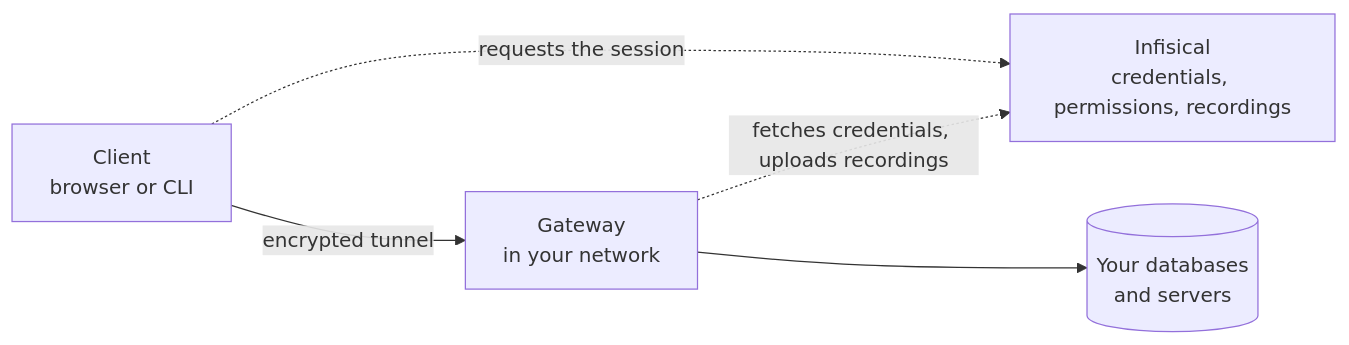
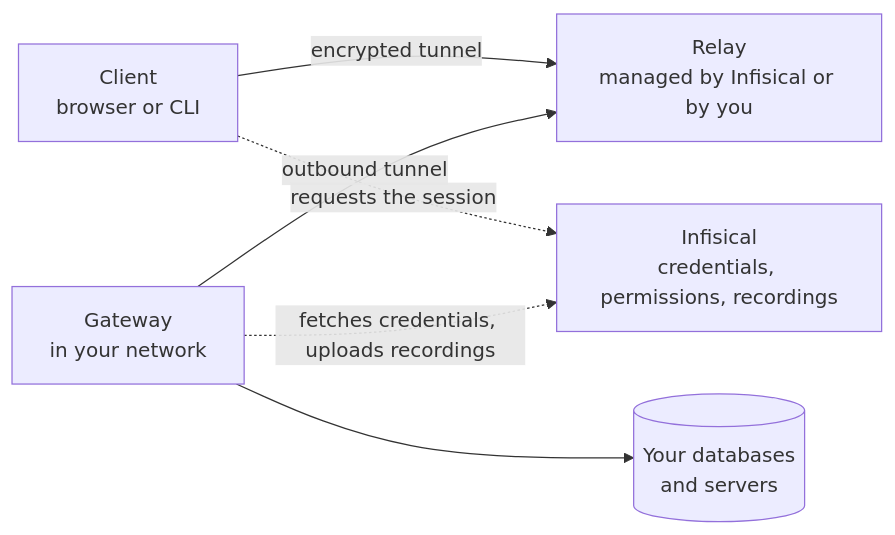
The diagram in docs/documentation/platform/pam/architecture.mdx (Infisical/infisical), drawn with Mermaid before and after one commit. The commit also changed other lines of this file and 6 other files, not shown here.

````diff
--- a/docs/documentation/platform/pam/architecture.mdx
+++ b/docs/documentation/platform/pam/architecture.mdx
@@ -11,12 +11,14 @@
 ```mermaid
 flowchart LR
   CLIENT["Client<br/>browser or CLI"]
   INF["Infisical<br/>credentials, permissions, recordings"]
+  RELAY["Relay<br/>managed by Infisical or by you"]
   GW["Gateway<br/>in your network"]
   TARGET[("Your databases<br/>and servers")]
 
-  CLIENT -->|"encrypted tunnel"| GW
+  CLIENT -->|"encrypted tunnel"| RELAY
+  GW -->|"outbound tunnel"| RELAY
   CLIENT -.->|"requests the session"| INF
   GW -.->|"fetches credentials, uploads recordings"| INF
   GW --> TARGET
 ```
````
